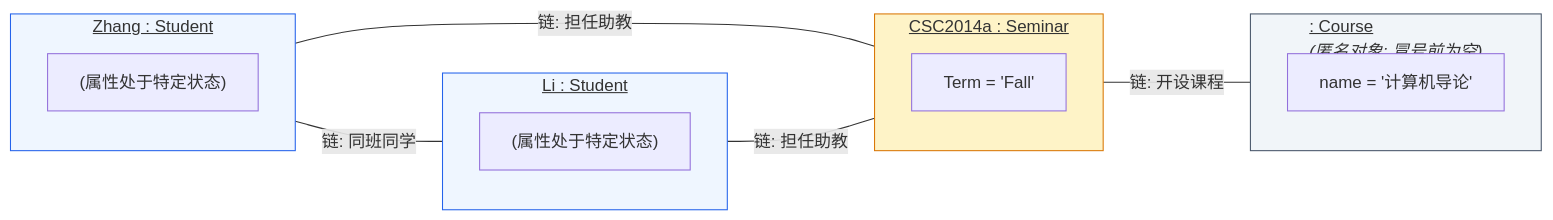
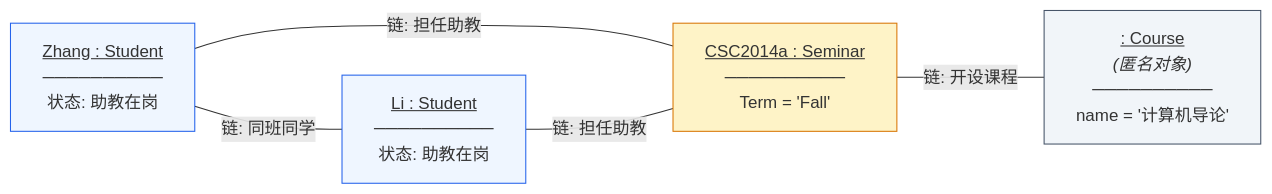
The fourth of 11 diagrams in 02-visual-diagrams/02-UML核心建模图谱与设计视图全景图解.md (cpsa3/software-designer-fast-pass), drawn with Mermaid before and after one commit.

Commit message:
refactor(mermaid): clean up object diagram compartments to prevent subgraph collision

````diff
--- a/02-visual-diagrams/02-UML核心建模图谱与设计视图全景图解.md
+++ b/02-visual-diagrams/02-UML核心建模图谱与设计视图全景图解.md
@@ -134,28 +134,17 @@
 ```mermaid
 flowchart LR
-    subgraph O1["<u>Zhang : Student</u>"]
-        O1_val["(属性处于特定状态)"]
-    end
-
-    subgraph O2["<u>CSC2014a : Seminar</u>"]
-        O2_val["Term = 'Fall'"]
-    end
-
-    subgraph O3["<u>Li : Student</u>"]
-        O3_val["(属性处于特定状态)"]
-    end
-
-    subgraph O4["<u>: Course</u><br><i>(匿名对象: 冒号前为空)</i>"]
-        O4_val["name = '计算机导论'"]
-    end
+    O1["<u>Zhang : Student</u><br>──────────<br>状态: 助教在岗"]
+    O2["<u>CSC2014a : Seminar</u><br>──────────<br>Term = 'Fall'"]
+    O3["<u>Li : Student</u><br>──────────<br>状态: 助教在岗"]
+    O4["<u>: Course</u><br><i>(匿名对象)</i><br>──────────<br>name = '计算机导论'"]
 
     O1 ---|"链: 担任助教"| O2
     O3 ---|"链: 担任助教"| O2
     O2 ---|"链: 开设课程"| O4
     O1 ---|"链: 同班同学"| O3
 
     style O1 fill:#eff6ff,stroke:#2563eb
     style O2 fill:#fef3c7,stroke:#d97706
     style O3 fill:#eff6ff,stroke:#2563eb
     style O4 fill:#f1f5f9,stroke:#475569
 ```
````
